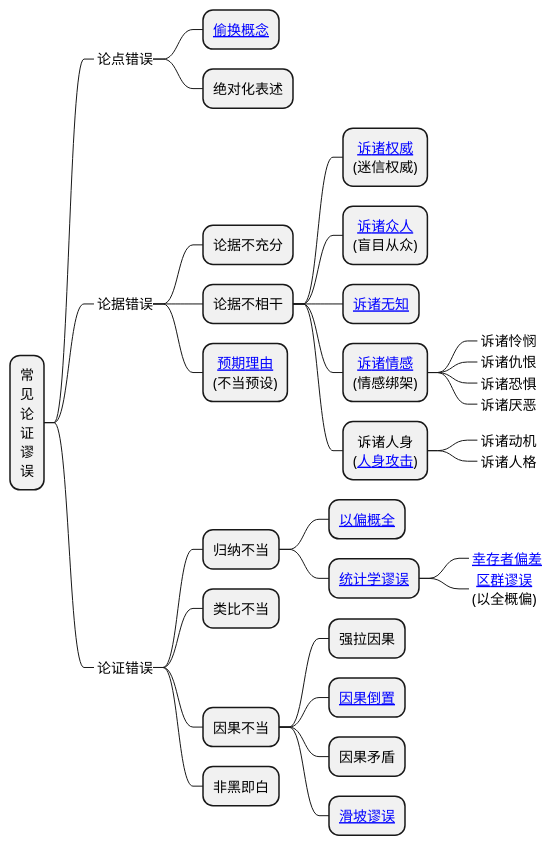
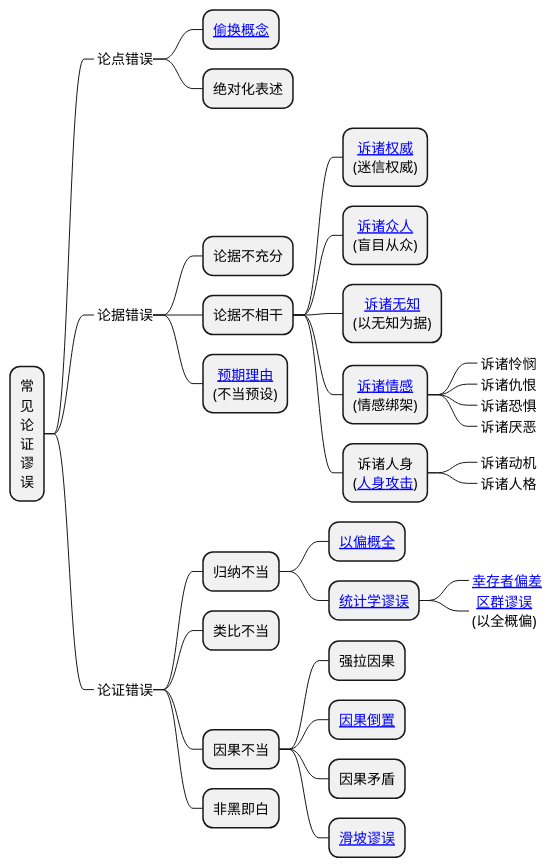
Before and after one commit to holmofy/blog.hufeifei.cn: the fifth of 5 diagrams in source/_posts/logic/logic.md, drawn with PlantUML.

````diff
--- a/source/_posts/logic/logic.md
+++ b/source/_posts/logic/logic.md
@@ -156,42 +156,42 @@
 ```plantuml
 @startmindmap
 <style>
 node {
     HorizontalAlignment center
     RoundCorner 20
 }
 </style>
 * 常\n见\n论\n证\n谬\n误
 **_ 论点错误
 *** [[https://baike.baidu.com/item/偷换概念/6714008 偷换概念]]
 *** 绝对化表述
 **_ 论据错误
 *** 论据不充分
 *** 论据不相干
 **** [[https://baike.baidu.com/item/诉诸权威 诉诸权威]]\n(迷信权威)
 **** [[https://baike.baidu.com/item/诉诸大众 诉诸众人]]\n(盲目从众)
-**** [[https://baike.baidu.com/item/诉诸无知 诉诸无知]]
+**** [[https://baike.baidu.com/item/诉诸无知 诉诸无知]]\n(以无知为据)
 **** [[https://baike.baidu.com/item/诉诸情感 诉诸情感]]\n(情感绑架)
 *****_ 诉诸怜悯
 *****_ 诉诸仇恨
 *****_ 诉诸恐惧
 *****_ 诉诸厌恶
 **** 诉诸人身\n([[https://baike.baidu.com/item/人身攻击 人身攻击]])
 *****_ 诉诸动机
 *****_ 诉诸人格
 *** [[https://baike.baidu.com/item/预期理由 预期理由]]\n(不当预设)
 **_ 论证错误
 *** 归纳不当
 **** [[https://baike.baidu.com/item/以偏概全 以偏概全]]
 **** [[https://baike.baidu.com/item/统计陷阱/3778566 统计学谬误]]
 *****_ [[https://baike.baidu.com/item/幸存者偏差/10313799 幸存者偏差]]
 *****_ [[https://baike.baidu.com/item/区群谬误 区群谬误]]\n(以全概偏)
 *** 类比不当
 *** 因果不当
 **** 强拉因果
 **** [[https://baike.baidu.com/item/因果倒置 因果倒置]]
 **** 因果矛盾
 **** [[https://baike.baidu.com/item/滑坡谬误 滑坡谬误]]
 *** 非黑即白
 @endmindmap
 ```
````
